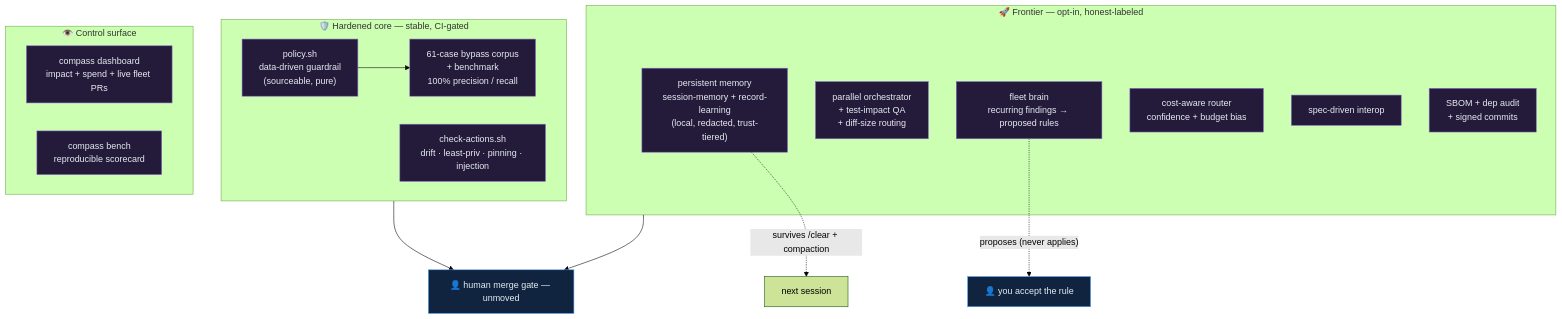
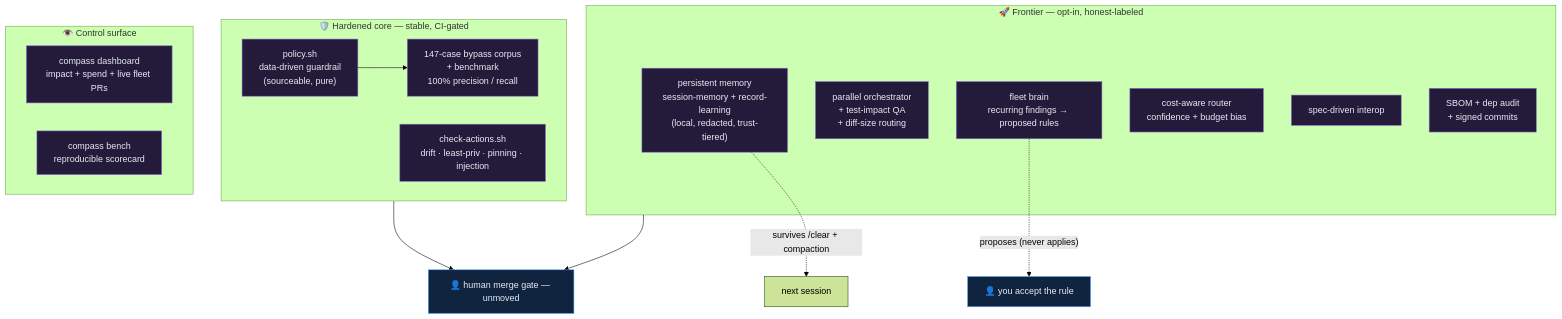
One commit to dshakes/compass changed the diagram in docs/16-hardening-and-frontier.md. Above: the diagram before and after it, drawn with Mermaid (forest theme). The commit also changed other lines of this file and 5 other files, not shown here.

First line of the commit message:
docs(brand): refresh README + site + diagrams for post-1.0.0 ships (#84)

````diff
--- a/docs/16-hardening-and-frontier.md
+++ b/docs/16-hardening-and-frontier.md
@@ -19,29 +19,29 @@
 ```mermaid
 flowchart TB
   subgraph HARDEN["🛡️ Hardened core — stable, CI-gated"]
     pol["policy.sh<br/>data-driven guardrail<br/>(sourceable, pure)"]
-    corp["61-case bypass corpus<br/>+ benchmark<br/>100% precision / recall"]
+    corp["147-case bypass corpus<br/>+ benchmark<br/>100% precision / recall"]
     act["check-actions.sh<br/>drift · least-priv · pinning · injection"]
     pol --> corp
   end
   subgraph FRONTIER["🚀 Frontier — opt-in, honest-labeled"]
     mem["persistent memory<br/>session-memory + record-learning<br/>(local, redacted, trust-tiered)"]
     par["parallel orchestrator<br/>+ test-impact QA<br/>+ diff-size routing"]
     brain["fleet brain<br/>recurring findings → proposed rules"]
     router["cost-aware router<br/>confidence + budget bias"]
     spec["spec-driven interop"]
     prov["SBOM + dep audit<br/>+ signed commits"]
   end
   subgraph SURFACE["👁️ Control surface"]
     dash["compass dashboard<br/>impact + spend + live fleet PRs"]
     bench["compass bench<br/>reproducible scorecard"]
   end
   HARDEN --> gate["👤 human merge gate — unmoved"]
   FRONTIER --> gate
   brain -.->|"proposes (never applies)"| human["👤 you accept the rule"]
   mem -.->|"survives /clear + compaction"| sess["next session"]
   classDef h fill:#241a3a,stroke:#8A63D2,color:#e6edf3
   classDef g fill:#10243f,stroke:#58a6ff,color:#e6edf3
   class pol,corp,act,mem,par,brain,router,spec,prov,dash,bench h
   class gate,human g
 ```
````
